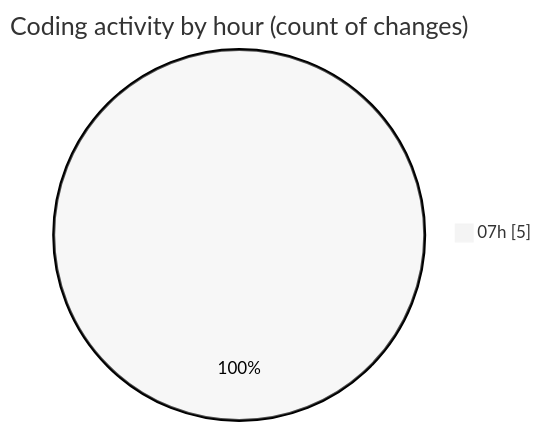
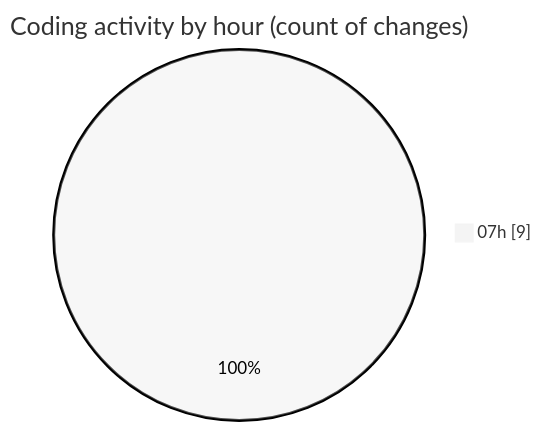
Before and after one commit to tmsrecording-cyber/code-tracking: the second of 2 diagrams in 2026-02-08/singularitybrainai/README.md, drawn with Mermaid (neutral theme). The commit also changed other lines of this file and 1 other file, not shown here.

````diff
--- a/2026-02-08/singularitybrainai/README.md
+++ b/2026-02-08/singularitybrainai/README.md
@@ -28,5 +29,5 @@
 ```mermaid
 pie showData
 title Coding activity by hour (count of changes)
-"07h" : 5
+"07h" : 9
 ```
````
